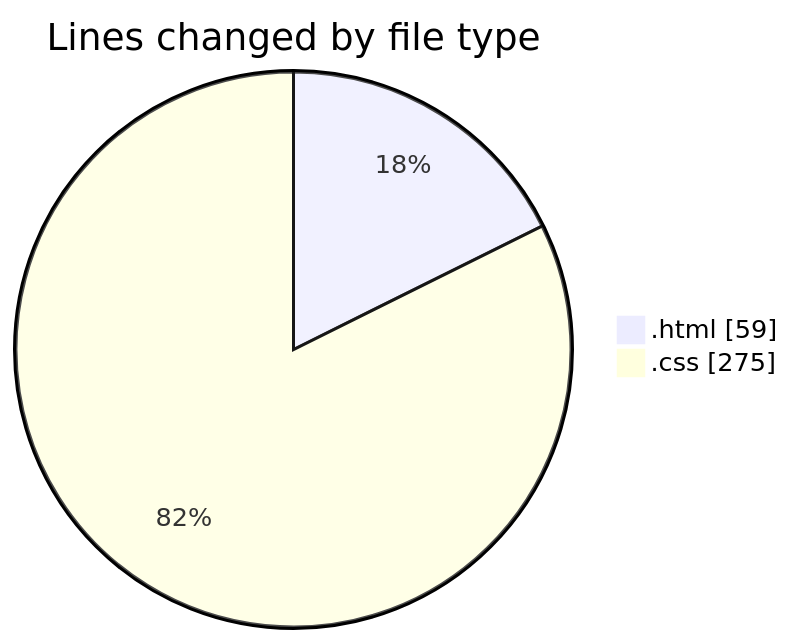
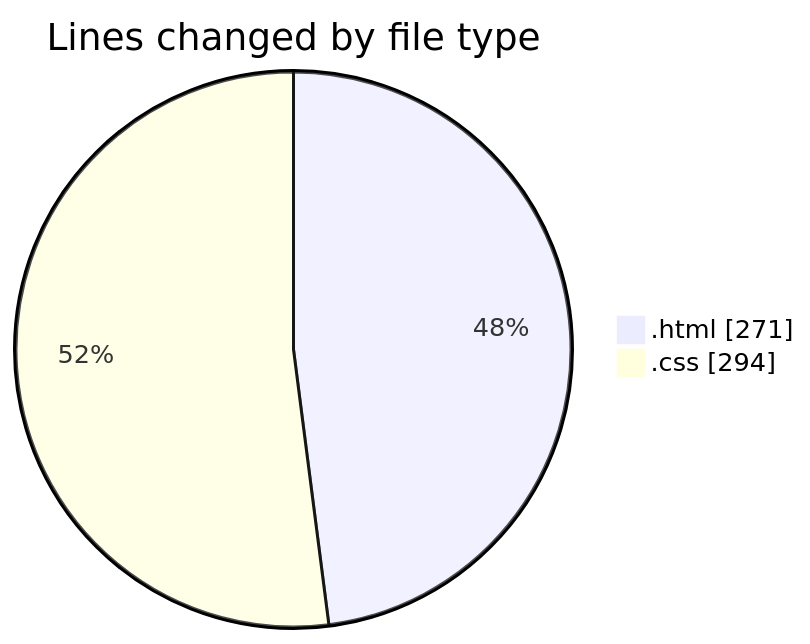
The first of 2 diagrams in 2025-04-15/portfolio/README.md (CELIANVF/code-tracking), drawn with Mermaid before and after one commit. The commit also changed other lines of this file and 1 other file, not shown here.

````diff
--- a/2025-04-15/portfolio/README.md
+++ b/2025-04-15/portfolio/README.md
@@ -21,6 +21,6 @@
 ```mermaid
 pie showData
 title Lines changed by file type
-".html" : 59
-".css" : 275
+".html" : 271
+".css" : 294
 ```
````
